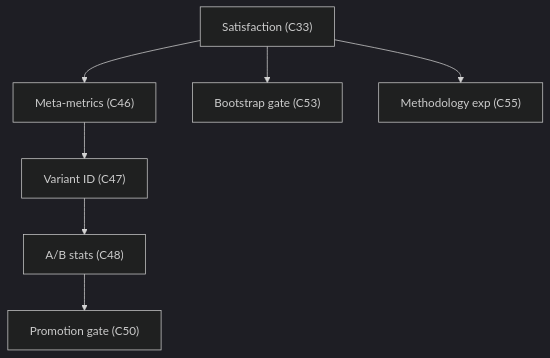
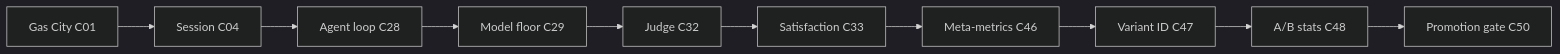
One commit to lago-morph/software-factory changed the third of 3 diagrams in architectures/v4/implementation-dependencies.md. Above: the diagram before and after it, drawn with Mermaid (dark theme). The commit also changed other lines of this file and 8 other files, not shown here.

````diff
--- a/architectures/v4/implementation-dependencies.md
+++ b/architectures/v4/implementation-dependencies.md
@@ -405,9 +244,4 @@
 ```mermaid
-flowchart TD
-  C33["Satisfaction (C33)"] --> C46["Meta-metrics (C46)"]
-  C33 --> C53["Bootstrap gate (C53)"]
-  C33 --> C55["Methodology exp (C55)"]
-  C46 --> C47["Variant ID (C47)"]
-  C47 --> C48["A/B stats (C48)"]
-  C48 --> C50["Promotion gate (C50)"]
+flowchart LR
+  C01["Gas City C01"] --> C04["Session C04"] --> C28["Agent loop C28"] --> C29["Model floor C29"] --> C32["Judge C32"] --> C33["Satisfaction C33"] --> C46["Meta-metrics C46"] --> C47["Variant ID C47"] --> C48["A/B stats C48"] --> C50["Promotion gate C50"]
 ```
````
